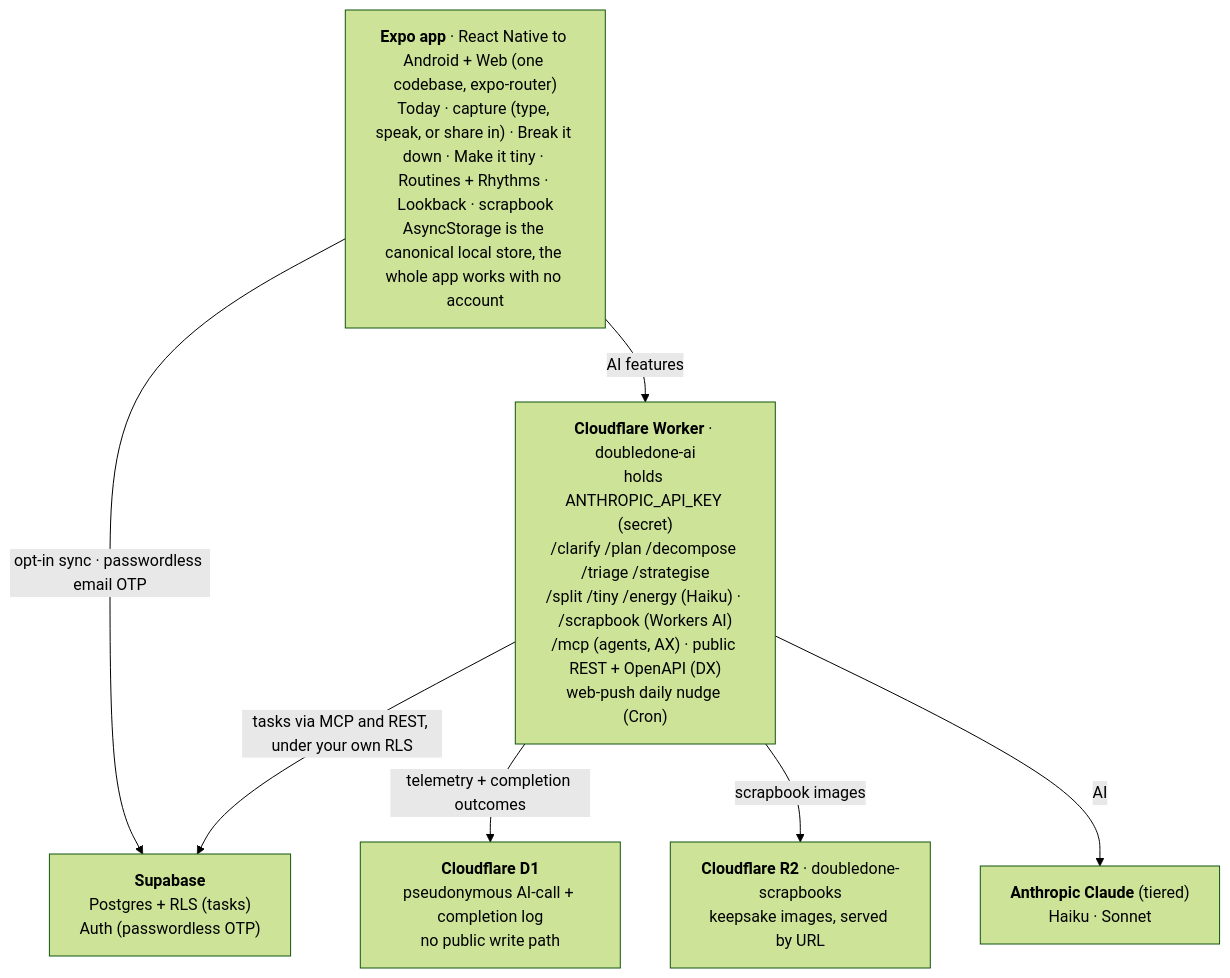
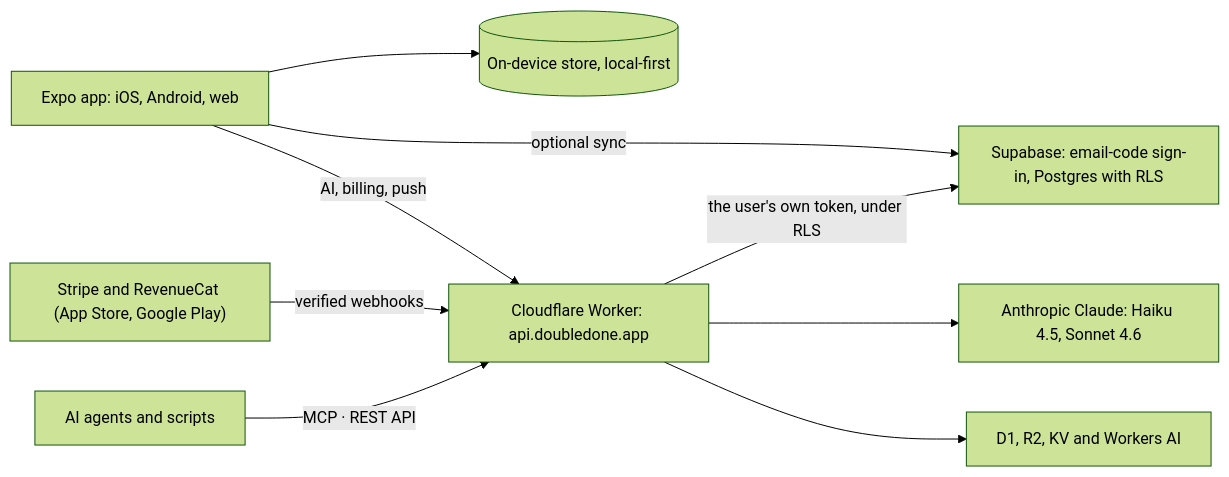
One commit to melroyds/doubledone changed the diagram in README.md. Above: the diagram before and after it, drawn with Mermaid (forest theme). The commit also changed other lines of this file and 19 other files, not shown here.

````diff
--- a/README.md
+++ b/README.md
@@ -128,10 +62,20 @@
 ```mermaid
-flowchart TB
-    App["<b>Expo app</b> · React Native to Android + Web (one codebase, expo-router)<br/>Today · capture (type, speak, or share in) · Break it down · Make it tiny · Routines + Rhythms · Lookback · scrapbook<br/>AsyncStorage is the canonical local store, the whole app works with no account"]
-    App -->|"opt-in sync · passwordless email OTP"| SB["<b>Supabase</b><br/>Postgres + RLS (tasks)<br/>Auth (passwordless OTP)"]
-    App -->|"AI features"| W["<b>Cloudflare Worker</b> · doubledone-ai<br/>holds ANTHROPIC_API_KEY (secret)<br/>/clarify /plan /decompose /triage /strategise<br/>/split /tiny /energy (Haiku) · /scrapbook (Workers AI)<br/>/mcp (agents, AX) · public REST + OpenAPI (DX)<br/>web-push daily nudge (Cron)"]
-    W -->|"tasks via MCP and REST, under your own RLS"| SB
-    W -->|"telemetry + completion outcomes"| D1["<b>Cloudflare D1</b><br/>pseudonymous AI-call + completion log<br/>no public write path"]
-    W -->|"scrapbook images"| R2["<b>Cloudflare R2</b> · doubledone-scrapbooks<br/>keepsake images, served by URL"]
-    W -->|"AI"| AN["<b>Anthropic Claude</b> (tiered)<br/>Haiku · Sonnet"]
+flowchart LR
+    App["Expo app: iOS, Android, web"]
+    Local[("On-device store, local-first")]
+    SB["Supabase: email-code sign-in, Postgres with RLS"]
+    W["Cloudflare Worker: api.doubledone.app"]
+    AI["Anthropic Claude: Haiku 4.5, Sonnet 4.6"]
+    CF["D1, R2, KV and Workers AI"]
+    Pay["Stripe and RevenueCat (App Store, Google Play)"]
+    Agents["AI agents and scripts"]
+
+    App --> Local
+    App -->|"optional sync"| SB
+    App -->|"AI, billing, push"| W
+    W --> AI
+    W --> CF
+    W -->|"the user's own token, under RLS"| SB
+    Pay -->|"verified webhooks"| W
+    Agents -->|"MCP · REST API"| W
 ```
````
